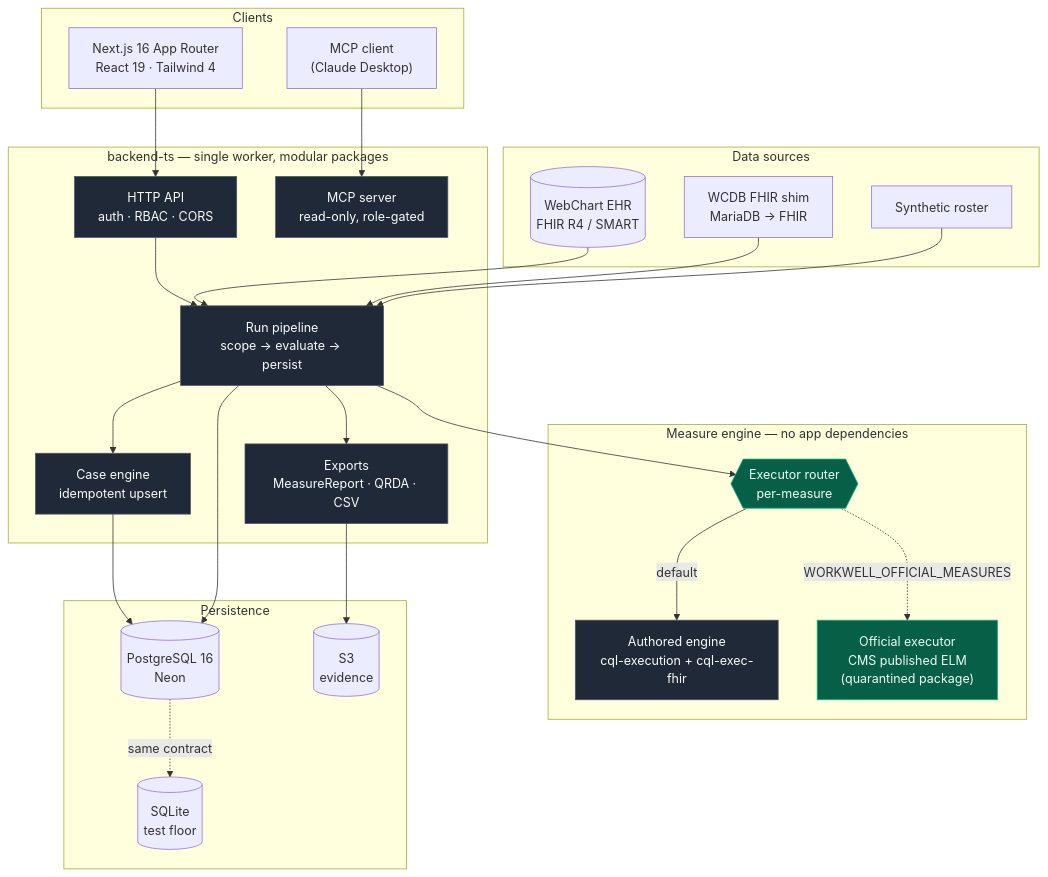
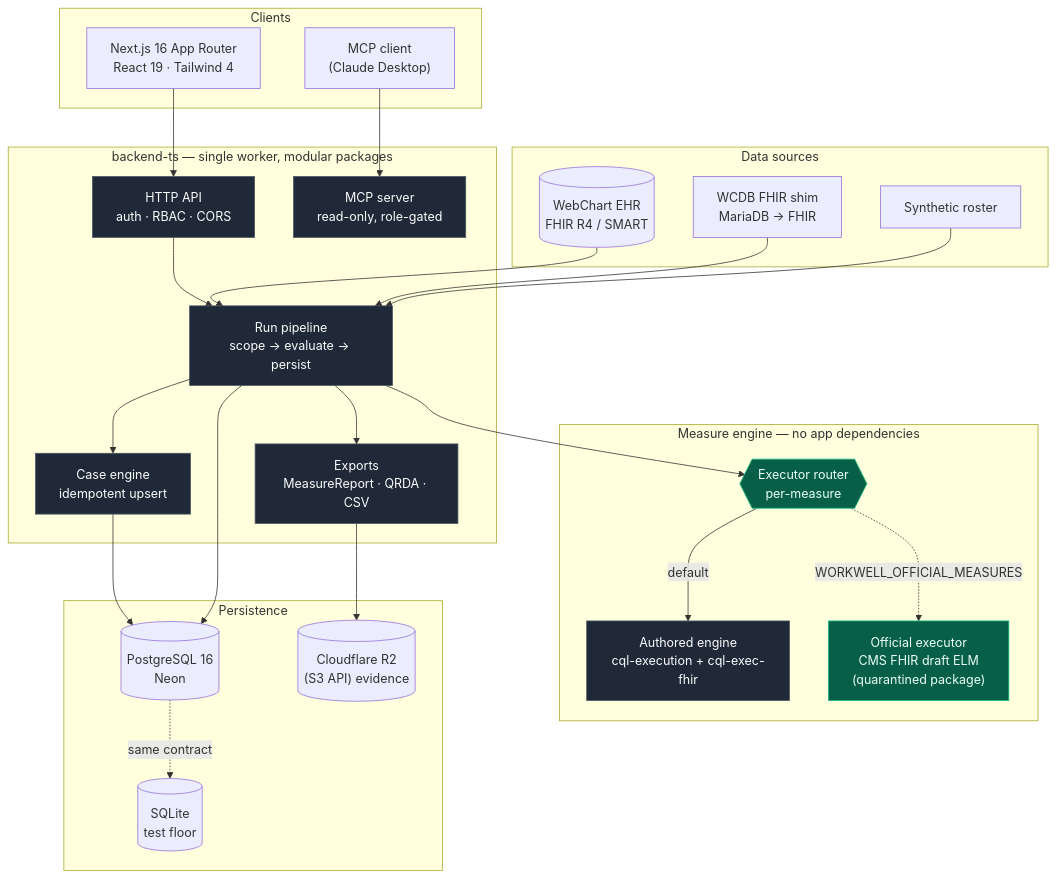
The first of 2 diagrams in README.md (Taleef7/workwell), drawn with Mermaid before and after one commit. The commit also changed other lines of this file and 24 other files, not shown here.

````diff
--- a/README.md
+++ b/README.md
@@ -57,49 +68,49 @@
 ```mermaid
 flowchart TB
     subgraph clients["Clients"]
         UI["Next.js 16 App Router<br/>React 19 · Tailwind 4"]
         MCP["MCP client<br/>(Claude Desktop)"]
     end
 
     subgraph worker["backend-ts — single worker, modular packages"]
         API["HTTP API<br/>auth · RBAC · CORS"]
         RUN["Run pipeline<br/>scope → evaluate → persist"]
         CASE["Case engine<br/>idempotent upsert"]
         EXPORT["Exports<br/>MeasureReport · QRDA · CSV"]
         MCPS["MCP server<br/>read-only, role-gated"]
     end
 
     subgraph engine["Measure engine — no app dependencies"]
         ROUTER{{"Executor router<br/>per-measure"}}
         AUTH["Authored engine<br/>cql-execution + cql-exec-fhir"]
-        OFF["Official executor<br/>CMS published ELM<br/>(quarantined package)"]
+        OFF["Official executor<br/>CMS FHIR draft ELM<br/>(quarantined package)"]
     end
 
     subgraph data["Data sources"]
         WC[("WebChart EHR<br/>FHIR R4 / SMART")]
         SHIM["WCDB FHIR shim<br/>MariaDB → FHIR"]
         SYN["Synthetic roster"]
     end
 
     subgraph store["Persistence"]
         PG[("PostgreSQL 16<br/>Neon")]
         SQLITE[("SQLite<br/>test floor")]
-        S3[("S3<br/>evidence")]
+        S3[("Cloudflare R2<br/>(S3 API) evidence")]
     end
 
     UI --> API
     MCP --> MCPS
     API --> RUN --> ROUTER
     ROUTER -->|default| AUTH
     ROUTER -.->|"WORKWELL_OFFICIAL_MEASURES"| OFF
     WC & SHIM & SYN --> RUN
     RUN --> CASE --> PG
     RUN --> EXPORT --> S3
     RUN --> PG
     PG -.->|"same contract"| SQLITE
 
     classDef dark fill:#1f2937,stroke:#4b5563,color:#f9fafb
     classDef accent fill:#065f46,stroke:#10b981,color:#ecfdf5
     class ROUTER,OFF accent
     class API,RUN,CASE,EXPORT,MCPS,AUTH dark
 ```
````
